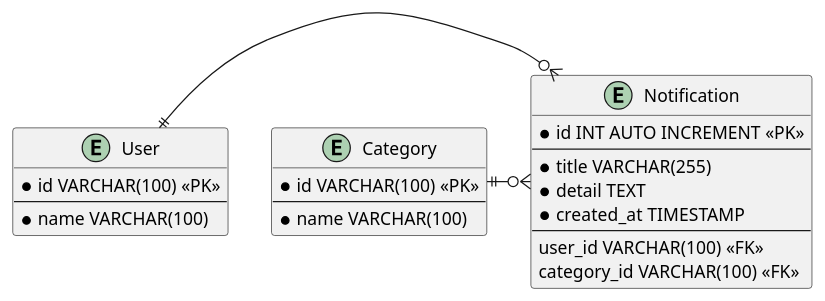
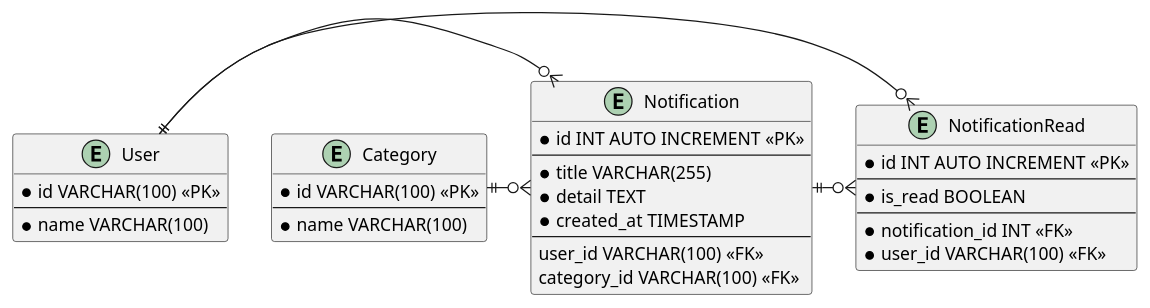
The diagram in SQL/mysql/notification/notification.puml (tobialbertino/belajar-code), drawn with PlantUML before and after one commit. The commit also changed 1 other file, not shown here.

Commit message:
add read unread notif

```diff
--- a/SQL/mysql/notification/notification.puml
+++ b/SQL/mysql/notification/notification.puml
@@ -1,29 +1,40 @@
 @startuml notification_db-dasign
 
 entity User {
     * id VARCHAR(100) <<PK>>
     --
     * name VARCHAR(100) 
 }
 
 entity Notification {
     * id INT AUTO INCREMENT <<PK>>
     --
     * title VARCHAR(255)
     * detail TEXT
     * created_at TIMESTAMP
     --
     user_id VARCHAR(100) <<FK>>
     category_id VARCHAR(100) <<FK>>
 }
 
 entity Category {
     * id VARCHAR(100) <<PK>>
     --
     * name VARCHAR(100)
 }
 
+entity NotificationRead {
+    * id INT AUTO INCREMENT <<PK>>
+    --
+    * is_read BOOLEAN
+    --
+    * notification_id INT <<FK>>
+    * user_id VARCHAR(100) <<FK>>
+}
+
 User ||-o{ Notification
 Category ||-o{ Notification
+Notification ||-o{ NotificationRead
+User ||-o{ NotificationRead
 
 @enduml
```
